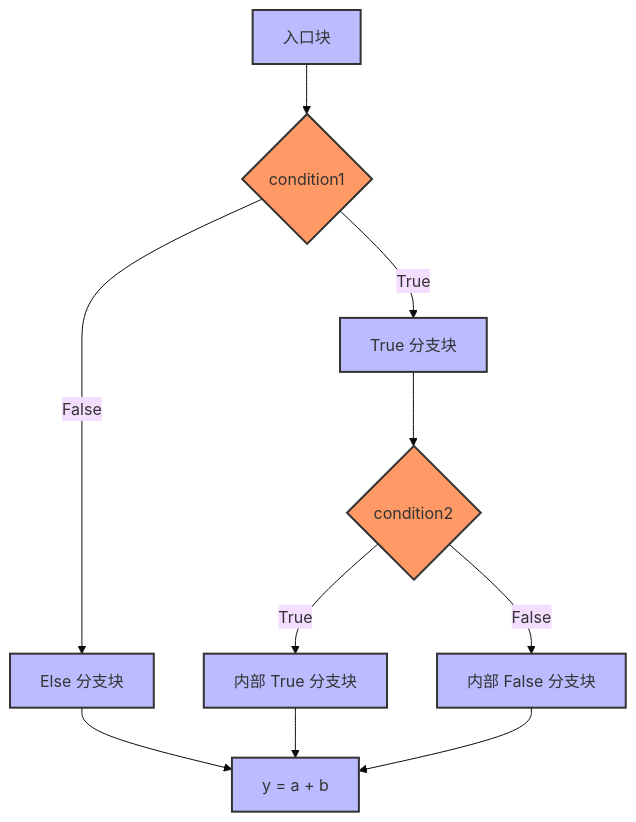
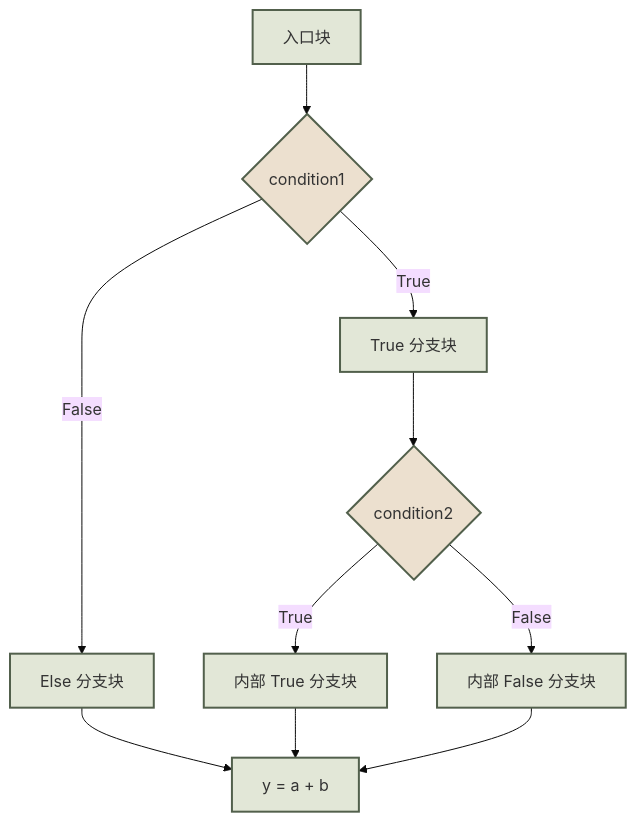
One commit to yaklang/ssa.to changed the seventh of 18 diagrams in static-analysis-guide/compile-ssa-form.mdx. Above: the diagram before and after it, drawn with Mermaid (base theme). The commit also changed other lines of this file and 91 other files, not shown here.

````diff
--- a/static-analysis-guide/compile-ssa-form.mdx
+++ b/static-analysis-guide/compile-ssa-form.mdx
@@ -607,17 +591,17 @@
 ```mermaid
 graph TD
     Entry[入口块] --> Cond1{condition1}
     Cond1 -->|True| TrueBranch[True 分支块] --> Cond2{condition2}
     Cond1 -->|False| ElseBranch[Else 分支块] --> Final[y = a + b]
     Cond2 -->|True| InternalTrue[内部 True 分支块] --> Final
     Cond2 -->|False| InternalFalse[内部 False 分支块] --> Final
 
-    style Entry fill:#bbf,stroke:#333,stroke-width:2px
-    style Cond1 fill:#f96,stroke:#333,stroke-width:2px
-    style TrueBranch fill:#bbf,stroke:#333,stroke-width:2px
-    style Cond2 fill:#f96,stroke:#333,stroke-width:2px
-    style InternalTrue fill:#bbf,stroke:#333,stroke-width:2px
-    style InternalFalse fill:#bbf,stroke:#333,stroke-width:2px
-    style ElseBranch fill:#bbf,stroke:#333,stroke-width:2px
-    style Final fill:#bbf,stroke:#333,stroke-width:2px
+    style Entry fill:#e2e7d7,stroke:#52604c,stroke-width:2px
+    style Cond1 fill:#ece0cf,stroke:#52604c,stroke-width:2px
+    style TrueBranch fill:#e2e7d7,stroke:#52604c,stroke-width:2px
+    style Cond2 fill:#ece0cf,stroke:#52604c,stroke-width:2px
+    style InternalTrue fill:#e2e7d7,stroke:#52604c,stroke-width:2px
+    style InternalFalse fill:#e2e7d7,stroke:#52604c,stroke-width:2px
+    style ElseBranch fill:#e2e7d7,stroke:#52604c,stroke-width:2px
+    style Final fill:#e2e7d7,stroke:#52604c,stroke-width:2px
 ```
````
